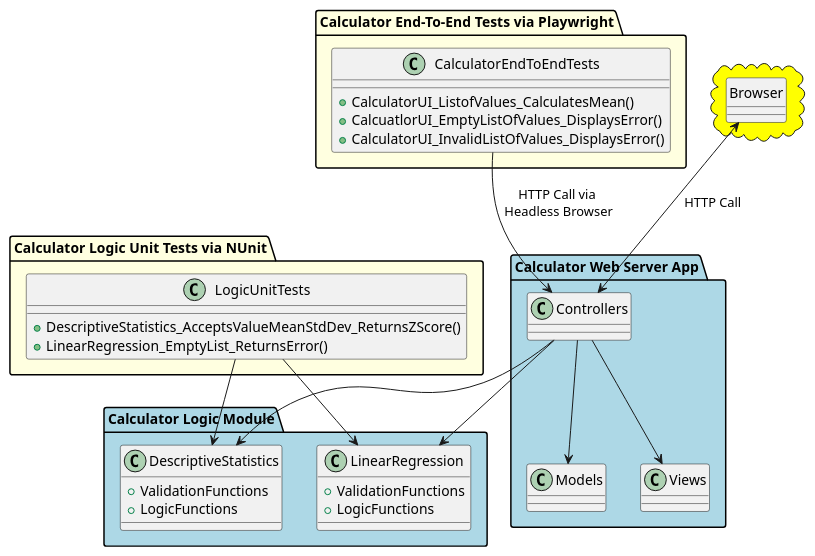
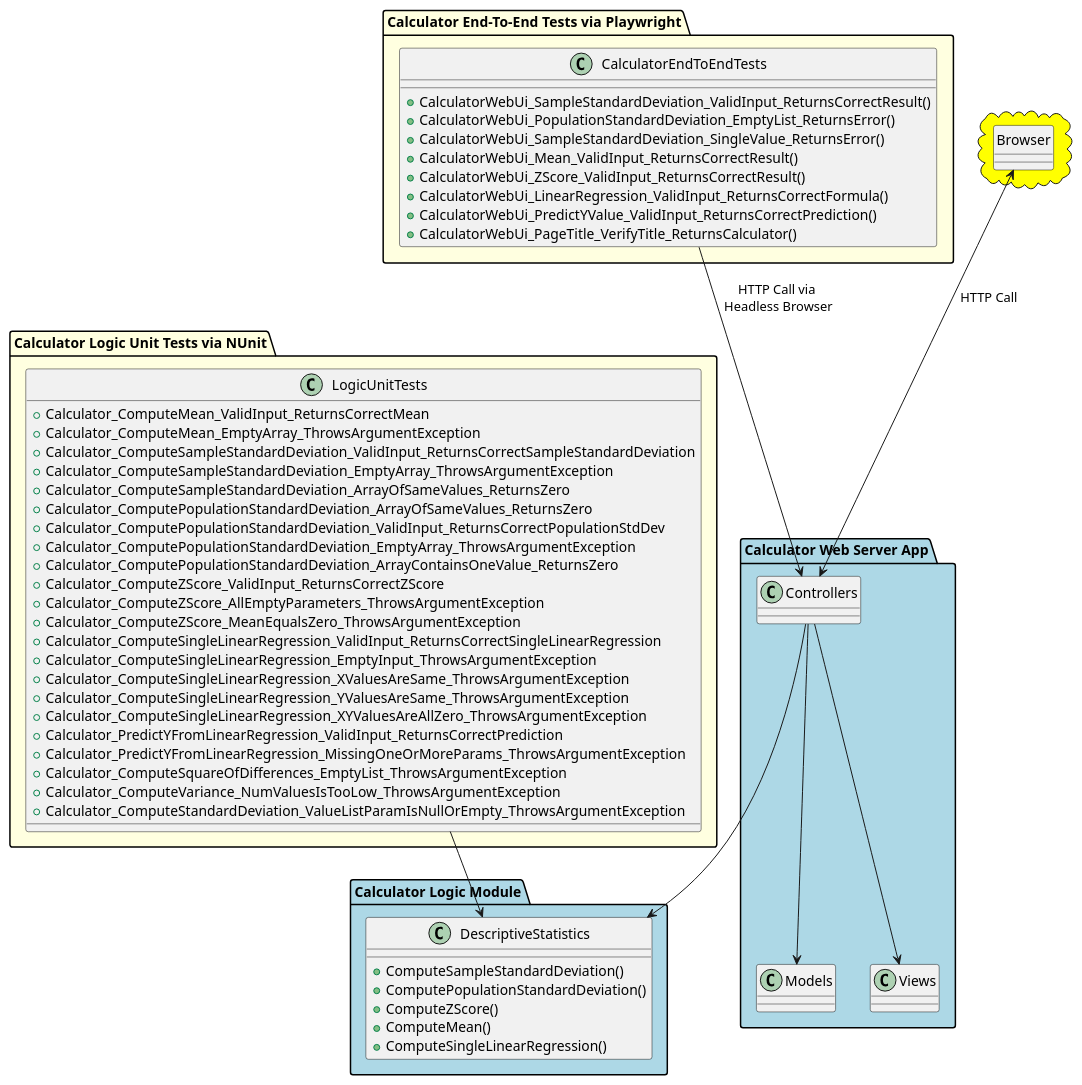
One commit to 2GrayZ2/swe-3643-fall-2024-project changed the diagram in src/docs/ArchitectureDia.md. Above: the diagram before and after it, drawn with PlantUML. The commit also changed 1 other file, not shown here.

Commit message:
Revidsed Architecture Diagram

```diff
--- a/src/docs/ArchitectureDia.md
+++ b/src/docs/ArchitectureDia.md
@@ -1,57 +1,73 @@
 @startuml
 allowmixing
 
-package "Calculator Logic Module" #lightblue
-{
+package "Calculator Logic Module" #lightblue {
 class DescriptiveStatistics {
-+ ValidationFunctions
-+ LogicFunctions
++ ComputeSampleStandardDeviation()
++ ComputePopulationStandardDeviation()
++ ComputeZScore()
++ ComputeMean()
++ ComputeSingleLinearRegression()
+}
 }
 
-    class LinearRegression {
-        + ValidationFunctions
-        + LogicFunctions
-    }
-
+package "Calculator Logic Unit Tests via NUnit" #lightyellow {
+class LogicUnitTests {
++ Calculator_ComputeMean_ValidInput_ReturnsCorrectMean
++ Calculator_ComputeMean_EmptyArray_ThrowsArgumentException
++ Calculator_ComputeSampleStandardDeviation_ValidInput_ReturnsCorrectSampleStandardDeviation
++ Calculator_ComputeSampleStandardDeviation_EmptyArray_ThrowsArgumentException
++ Calculator_ComputeSampleStandardDeviation_ArrayOfSameValues_ReturnsZero
++ Calculator_ComputePopulationStandardDeviation_ArrayOfSameValues_ReturnsZero
++ Calculator_ComputePopulationStandardDeviation_ValidInput_ReturnsCorrectPopulationStdDev
++ Calculator_ComputePopulationStandardDeviation_EmptyArray_ThrowsArgumentException
++ Calculator_ComputePopulationStandardDeviation_ArrayContainsOneValue_ReturnsZero
++ Calculator_ComputeZScore_ValidInput_ReturnsCorrectZScore
++ Calculator_ComputeZScore_AllEmptyParameters_ThrowsArgumentException
++ Calculator_ComputeZScore_MeanEqualsZero_ThrowsArgumentException
++ Calculator_ComputeSingleLinearRegression_ValidInput_ReturnsCorrectSingleLinearRegression
++ Calculator_ComputeSingleLinearRegression_EmptyInput_ThrowsArgumentException
++ Calculator_ComputeSingleLinearRegression_XValuesAreSame_ThrowsArgumentException
++ Calculator_ComputeSingleLinearRegression_YValuesAreSame_ThrowsArgumentException
++ Calculator_ComputeSingleLinearRegression_XYValuesAreAllZero_ThrowsArgumentException
++ Calculator_PredictYFromLinearRegression_ValidInput_ReturnsCorrectPrediction
++ Calculator_PredictYFromLinearRegression_MissingOneOrMoreParams_ThrowsArgumentException
++ Calculator_ComputeSquareOfDifferences_EmptyList_ThrowsArgumentException
++ Calculator_ComputeVariance_NumValuesIsTooLow_ThrowsArgumentException
++ Calculator_ComputeStandardDeviation_ValueListParamIsNullOrEmpty_ThrowsArgumentException
 }
 
-package "Calculator Logic Unit Tests via NUnit" #lightyellow
-{
-class LogicUnitTests {
-+ DescriptiveStatistics_AcceptsValueMeanStdDev_ReturnsZScore()
-+ LinearRegression_EmptyList_ReturnsError()
+    LogicUnitTests --> DescriptiveStatistics
 }
 
-LogicUnitTests --> DescriptiveStatistics
-LogicUnitTests --> LinearRegression
-
-}
-
-package "Calculator Web Server App" #lightblue
-{
+package "Calculator Web Server App" #lightblue {
 class Models
 class Views
 class Controllers
 
-Controllers --> Views
-Controllers --> Models
-Controllers --> DescriptiveStatistics
-Controllers --> LinearRegression
+    Controllers --> Views
+    Controllers --> Models
+    Controllers --> DescriptiveStatistics
 }
 
 package "Calculator End-To-End Tests via Playwright" #lightyellow {
 class CalculatorEndToEndTests {
-+ CalculatorUI_ListofValues_CalculatesMean()
-+ CalcuatlorUI_EmptyListOfValues_DisplaysError()
-+ CalculatorUI_InvalidListOfValues_DisplaysError()
++ CalculatorWebUi_SampleStandardDeviation_ValidInput_ReturnsCorrectResult()
++ CalculatorWebUi_PopulationStandardDeviation_EmptyList_ReturnsError()
++ CalculatorWebUi_SampleStandardDeviation_SingleValue_ReturnsError()
++ CalculatorWebUi_Mean_ValidInput_ReturnsCorrectResult()
++ CalculatorWebUi_ZScore_ValidInput_ReturnsCorrectResult()
++ CalculatorWebUi_LinearRegression_ValidInput_ReturnsCorrectFormula()
++ CalculatorWebUi_PredictYValue_ValidInput_ReturnsCorrectPrediction()
++ CalculatorWebUi_PageTitle_VerifyTitle_ReturnsCalculator()
 }
 
     CalculatorEndToEndTests --> Controllers : HTTP Call via\n Headless Browser
 }
 
 cloud #yellow {
 hide circle
 class Browser
 Browser <--> Controllers : HTTP Call
 }
 @enduml
```
